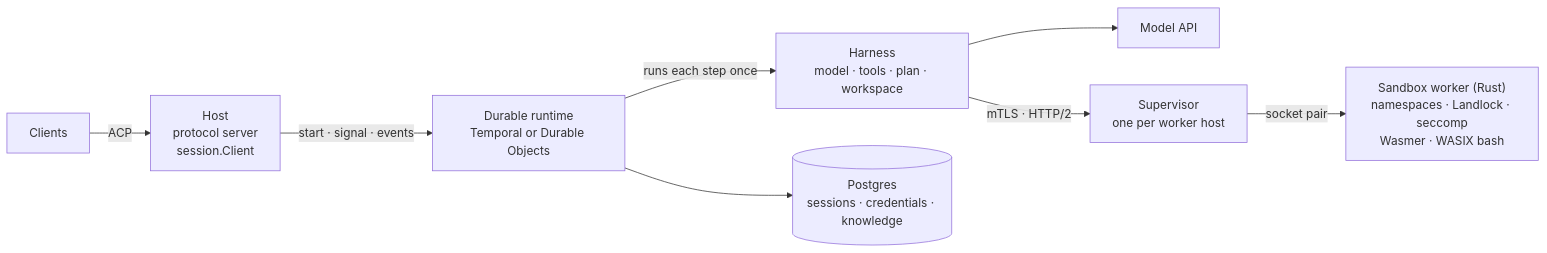
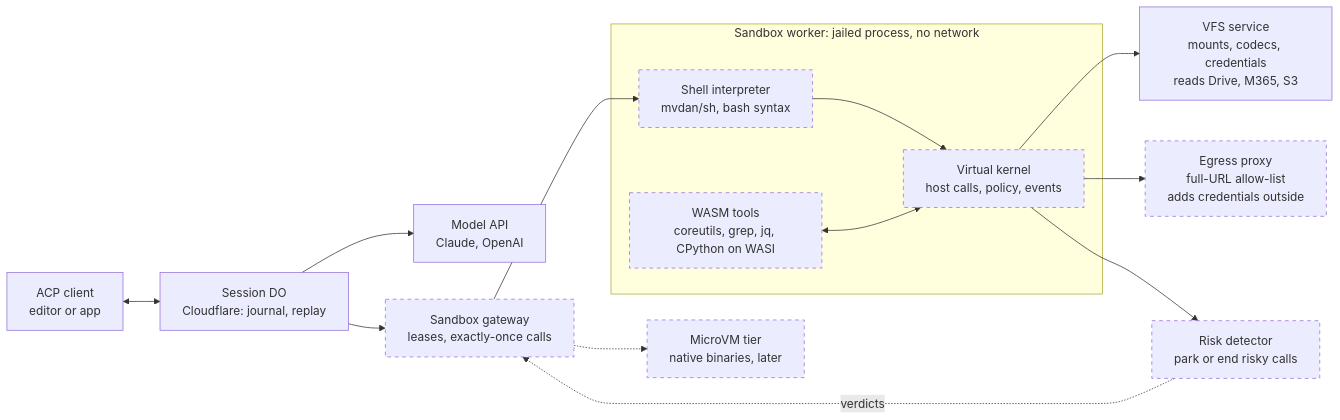
The diagram in README.md (Ryanaldo34/tacklr), drawn with Mermaid before and after one commit. The commit also changed other lines of this file and 5 other files, not shown here.

First line of the commit message:
Document the workspace on the sandbox host and the new skills provider

````diff
--- a/README.md
+++ b/README.md
@@ -128,10 +130,19 @@
 ```mermaid
 flowchart LR
-    clients["Clients"] -- "ACP" --> host["Host<br/>protocol server<br/>session.Client"]
-    host -- "start · signal · events" --> runtime["Durable runtime<br/>Temporal or Durable Objects"]
-    runtime -- "runs each step once" --> harness["Harness<br/>model · tools · plan · workspace"]
-    harness --> model["Model API"]
-    runtime --> stores[("Postgres<br/>sessions · credentials · knowledge")]
-    harness -- "mTLS · HTTP/2" --> supervisor["Supervisor<br/>one per worker host"]
-    supervisor -- "socket pair" --> worker["Sandbox worker (Rust)<br/>namespaces · Landlock · seccomp<br/>Wasmer · WASIX bash"]
+    client["ACP client<br/>editor or app"] <--> session["Session DO<br/>Cloudflare: journal, replay"]
+    session --> model["Model API<br/>Claude, OpenAI"]
+    session --> gateway["Sandbox gateway<br/>leases, exactly-once calls"]
+    gateway -.-> microvm["MicroVM tier<br/>native binaries, later"]
+    detector["Risk detector<br/>park or end risky calls"] -. verdicts .-> gateway
+    gateway --> shell
+    subgraph worker["Sandbox worker: jailed process, no network"]
+        shell["Shell interpreter<br/>mvdan/sh, bash syntax"] --> kernel["Virtual kernel<br/>host calls, policy, events"]
+        tools["WASM tools<br/>coreutils, grep, jq, CPython on WASI"] <--> kernel
+    end
+    kernel --> vfs["VFS service<br/>mounts, codecs, credentials<br/>reads Drive, M365, S3"]
+    kernel --> proxy["Egress proxy<br/>full-URL allow-list<br/>adds credentials outside"]
+    kernel --> detector
+
+    classDef planned stroke-dasharray: 5 5
+    class gateway,microvm,detector,shell,kernel,tools,proxy planned
 ```
````
